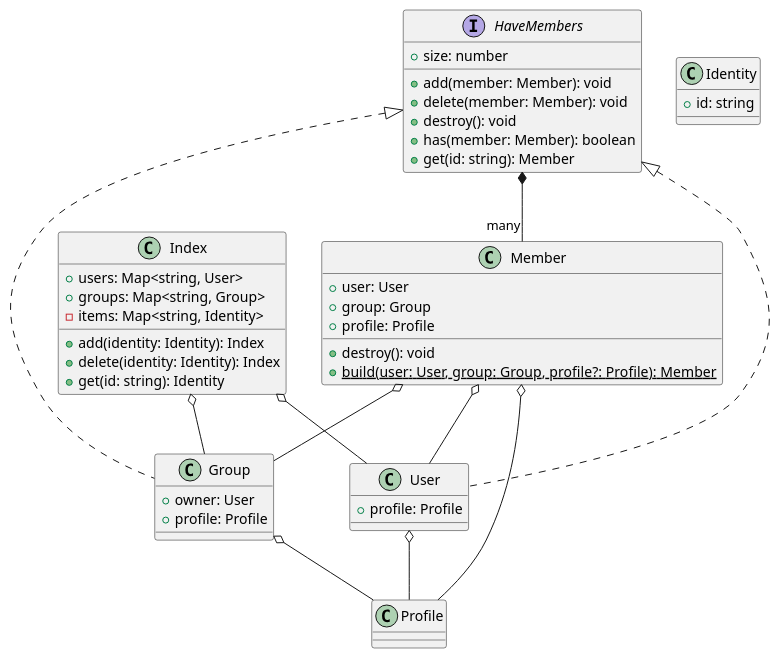
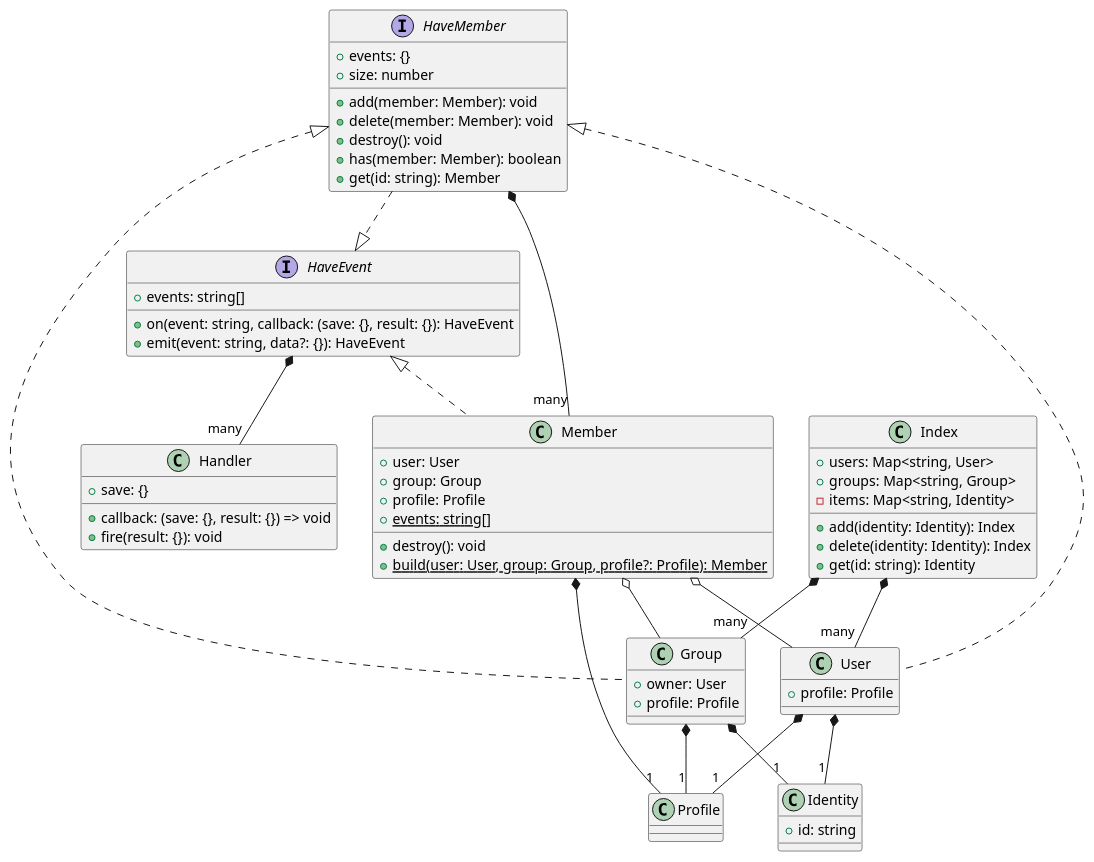
Before and after one commit to Eldynn/index: the diagram in docs/index.puml, drawn with PlantUML. The commit also changed 19 other files, not shown here.

```diff
--- a/docs/index.puml
+++ b/docs/index.puml
@@ -1,47 +1,63 @@
 @startuml
+class Handler {
+    +save: {}
+    +callback: (save: {}, result: {}) => void
+    +fire(result: {}): void
+}
+
+interface HaveEvent {
+    +events: string[]
+    +on(event: string, callback: (save: {}, result: {}): HaveEvent
+    +emit(event: string, data?: {}): HaveEvent
+}
 class Profile {
 }
 class Identity {
     +id: string
 }
-class User implements HaveMembers {
+class User implements HaveMember {
     +profile: Profile
 }
-class Member {
+class Member implements HaveEvent {
     +user: User
     +group: Group
     +profile: Profile
     +destroy(): void
+    +{static} events: string[]
     +{static} build(user: User, group: Group, profile?: Profile): Member
 }
-interface HaveMembers {
+interface HaveMember {
+    +events: {}
     +size: number
     +add(member: Member): void
     +delete(member: Member): void
     +destroy(): void
     +has(member: Member): boolean
     +get(id: string): Member
 }
-class Group implements HaveMembers {
+class Group implements HaveMember {
     +owner: User
     +profile: Profile
 }
 class Index {
     +users: Map<string, User>
     +groups: Map<string, Group>
     -items: Map<string, Identity>
     +add(identity: Identity): Index
     +delete(identity: Identity): Index
     +get(id: string): Identity
 }
 
-Index o-- User
-Index o-- Group
-User o-- Profile
-Group o-- Profile
-Member o-- Profile
-
+User *-- "1" Profile
+User *-- "1" Identity
+Group *-- "1" Profile
+Group *-- "1" Identity
+HaveMember *-- "many" Member
+HaveMember ..|> HaveEvent
+Member *-- "1" Profile
 Member o-- Group
 Member o-- User
-HaveMembers *-- "many" Member
+Index *-- "many" User
+Index *-- "many" Group
+HaveEvent *-- "many" Handler
 @enduml
```
